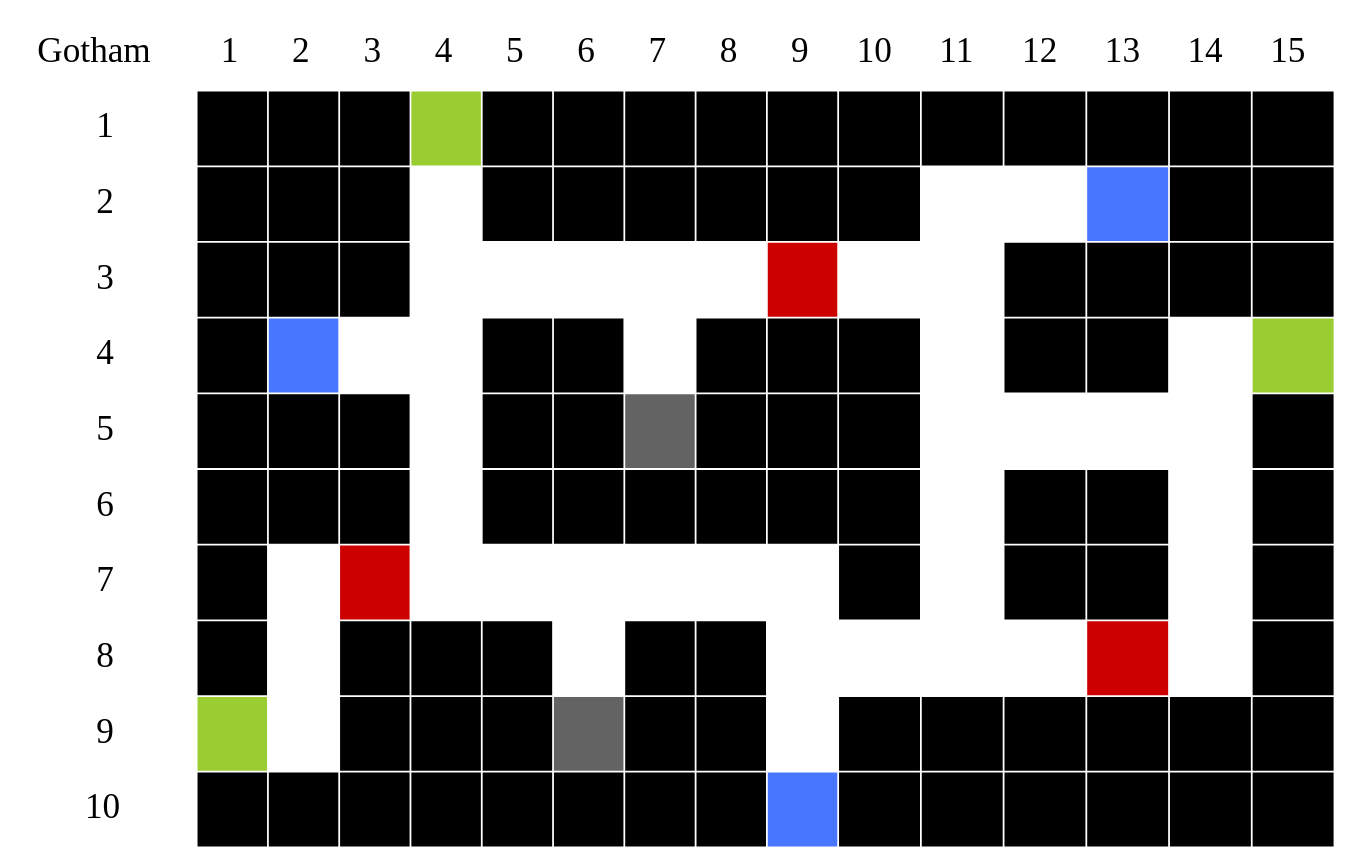
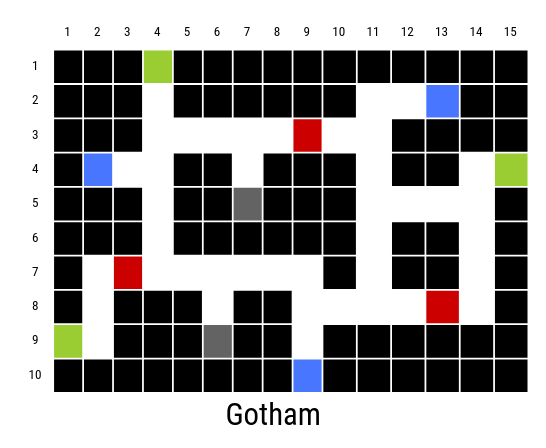
One commit to rodrialeh01/IPC2_Proyecto2_201900042 changed the diagram in MapasGenerados/Matriz_Gotham.dot. Above: the diagram before and after it, drawn with Graphviz. The commit also changed 21 other files, not shown here.

```diff
--- a/MapasGenerados/Matriz_Gotham.dot
+++ b/MapasGenerados/Matriz_Gotham.dot
@@ -1,178 +1,178 @@
 digraph structs {
 	node [shape=plaintext]
-	patron [fontsize="40pt", label=<
-<TABLE BORDER="0" CELLBORDER="0" CELLSPACING="2" CELLPADDING="20">
+	patron [fontname="Roboto Condensed"fontsize="15pt", label=<
+<TABLE BORDER="0" CELLBORDER="0" CELLSPACING="2" CELLPADDING="10">
 <TR>
-    <TD border="0">Gotham</TD><TD border="0">1</TD><TD border="0">2</TD><TD border="0">3</TD><TD border="0">4</TD><TD border="0">5</TD><TD border="0">6</TD><TD border="0">7</TD><TD border="0">8</TD><TD border="0">9</TD><TD border="0">10</TD><TD border="0">11</TD><TD border="0">12</TD><TD border="0">13</TD><TD border="0">14</TD><TD border="0">15</TD>
+    <TD border="0"></TD><TD border="0">1</TD><TD border="0">2</TD><TD border="0">3</TD><TD border="0">4</TD><TD border="0">5</TD><TD border="0">6</TD><TD border="0">7</TD><TD border="0">8</TD><TD border="0">9</TD><TD border="0">10</TD><TD border="0">11</TD><TD border="0">12</TD><TD border="0">13</TD><TD border="0">14</TD><TD border="0">15</TD>
 </TR>
 <TR>
         <TD border="0">1</TD>
 <TD bgcolor="black">   </TD>
 <TD bgcolor="black">   </TD>
 <TD bgcolor="black">   </TD>
 <TD bgcolor="yellowgreen">   </TD>
 <TD bgcolor="black">   </TD>
 <TD bgcolor="black">   </TD>
 <TD bgcolor="black">   </TD>
 <TD bgcolor="black">   </TD>
 <TD bgcolor="black">   </TD>
 <TD bgcolor="black">   </TD>
 <TD bgcolor="black">   </TD>
 <TD bgcolor="black">   </TD>
 <TD bgcolor="black">   </TD>
 <TD bgcolor="black">   </TD>
 <TD bgcolor="black">   </TD></TR>
 <TR>
         <TD border="0">2</TD>
 <TD bgcolor="black">   </TD>
 <TD bgcolor="black">   </TD>
 <TD bgcolor="black">   </TD>
 <TD>   </TD>
 <TD bgcolor="black">   </TD>
 <TD bgcolor="black">   </TD>
 <TD bgcolor="black">   </TD>
 <TD bgcolor="black">   </TD>
 <TD bgcolor="black">   </TD>
 <TD bgcolor="black">   </TD>
 <TD>   </TD>
 <TD>   </TD>
 <TD bgcolor="royalblue1">   </TD>
 <TD bgcolor="black">   </TD>
 <TD bgcolor="black">   </TD></TR>
 <TR>
         <TD border="0">3</TD>
 <TD bgcolor="black">   </TD>
 <TD bgcolor="black">   </TD>
 <TD bgcolor="black">   </TD>
 <TD>   </TD>
 <TD>   </TD>
 <TD>   </TD>
 <TD>   </TD>
 <TD>   </TD>
 <TD bgcolor="red3">   </TD>
 <TD>   </TD>
 <TD>   </TD>
 <TD bgcolor="black">   </TD>
 <TD bgcolor="black">   </TD>
 <TD bgcolor="black">   </TD>
 <TD bgcolor="black">   </TD></TR>
 <TR>
         <TD border="0">4</TD>
 <TD bgcolor="black">   </TD>
 <TD bgcolor="royalblue1">   </TD>
 <TD>   </TD>
 <TD>   </TD>
 <TD bgcolor="black">   </TD>
 <TD bgcolor="black">   </TD>
 <TD>   </TD>
 <TD bgcolor="black">   </TD>
 <TD bgcolor="black">   </TD>
 <TD bgcolor="black">   </TD>
 <TD>   </TD>
 <TD bgcolor="black">   </TD>
 <TD bgcolor="black">   </TD>
 <TD>   </TD>
 <TD bgcolor="yellowgreen">   </TD></TR>
 <TR>
         <TD border="0">5</TD>
 <TD bgcolor="black">   </TD>
 <TD bgcolor="black">   </TD>
 <TD bgcolor="black">   </TD>
 <TD>   </TD>
 <TD bgcolor="black">   </TD>
 <TD bgcolor="black">   </TD>
 <TD bgcolor="grey39">   </TD>
 <TD bgcolor="black">   </TD>
 <TD bgcolor="black">   </TD>
 <TD bgcolor="black">   </TD>
 <TD>   </TD>
 <TD>   </TD>
 <TD>   </TD>
 <TD>   </TD>
 <TD bgcolor="black">   </TD></TR>
 <TR>
         <TD border="0">6</TD>
 <TD bgcolor="black">   </TD>
 <TD bgcolor="black">   </TD>
 <TD bgcolor="black">   </TD>
 <TD>   </TD>
 <TD bgcolor="black">   </TD>
 <TD bgcolor="black">   </TD>
 <TD bgcolor="black">   </TD>
 <TD bgcolor="black">   </TD>
 <TD bgcolor="black">   </TD>
 <TD bgcolor="black">   </TD>
 <TD>   </TD>
 <TD bgcolor="black">   </TD>
 <TD bgcolor="black">   </TD>
 <TD>   </TD>
 <TD bgcolor="black">   </TD></TR>
 <TR>
         <TD border="0">7</TD>
 <TD bgcolor="black">   </TD>
 <TD>   </TD>
 <TD bgcolor="red3">   </TD>
 <TD>   </TD>
 <TD>   </TD>
 <TD>   </TD>
 <TD>   </TD>
 <TD>   </TD>
 <TD>   </TD>
 <TD bgcolor="black">   </TD>
 <TD>   </TD>
 <TD bgcolor="black">   </TD>
 <TD bgcolor="black">   </TD>
 <TD>   </TD>
 <TD bgcolor="black">   </TD></TR>
 <TR>
         <TD border="0">8</TD>
 <TD bgcolor="black">   </TD>
 <TD>   </TD>
 <TD bgcolor="black">   </TD>
 <TD bgcolor="black">   </TD>
 <TD bgcolor="black">   </TD>
 <TD>   </TD>
 <TD bgcolor="black">   </TD>
 <TD bgcolor="black">   </TD>
 <TD>   </TD>
 <TD>   </TD>
 <TD>   </TD>
 <TD>   </TD>
 <TD bgcolor="red3">   </TD>
 <TD>   </TD>
 <TD bgcolor="black">   </TD></TR>
 <TR>
         <TD border="0">9</TD>
 <TD bgcolor="yellowgreen">   </TD>
 <TD>   </TD>
 <TD bgcolor="black">   </TD>
 <TD bgcolor="black">   </TD>
 <TD bgcolor="black">   </TD>
 <TD bgcolor="grey39">   </TD>
 <TD bgcolor="black">   </TD>
 <TD bgcolor="black">   </TD>
 <TD>   </TD>
 <TD bgcolor="black">   </TD>
 <TD bgcolor="black">   </TD>
 <TD bgcolor="black">   </TD>
 <TD bgcolor="black">   </TD>
 <TD bgcolor="black">   </TD>
 <TD bgcolor="black">   </TD></TR>
 <TR>
         <TD border="0">10</TD>
 <TD bgcolor="black">   </TD>
 <TD bgcolor="black">   </TD>
 <TD bgcolor="black">   </TD>
 <TD bgcolor="black">   </TD>
 <TD bgcolor="black">   </TD>
 <TD bgcolor="black">   </TD>
 <TD bgcolor="black">   </TD>
 <TD bgcolor="black">   </TD>
 <TD bgcolor="royalblue1">   </TD>
 <TD bgcolor="black">   </TD>
 <TD bgcolor="black">   </TD>
 <TD bgcolor="black">   </TD>
 <TD bgcolor="black">   </TD>
 <TD bgcolor="black">   </TD>
-<TD bgcolor="black">   </TD></TR></TABLE>>]
+<TD bgcolor="black">   </TD></TR></TABLE>>]fontname="Roboto Condensed"fontsize="35pt"label="Gotham"
 }
```
